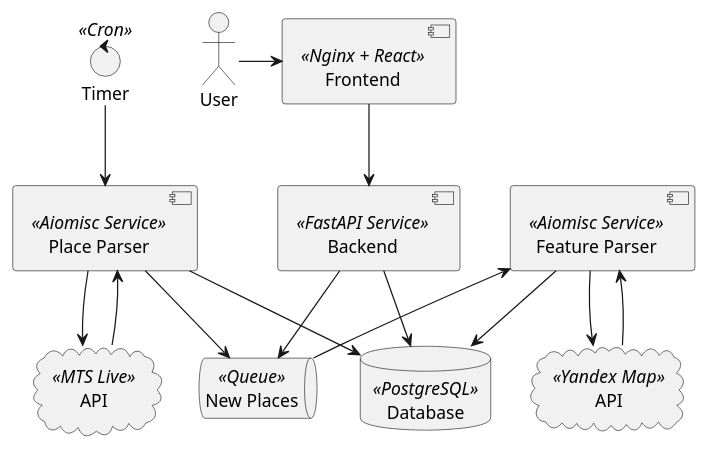
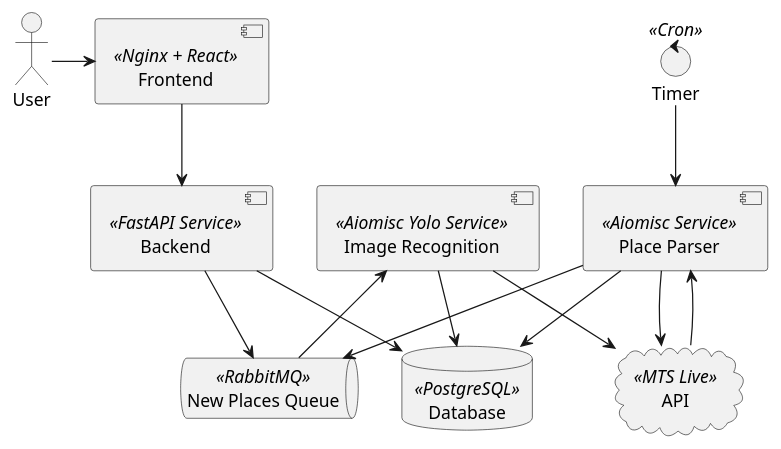
The diagram in docs/architecture.puml (stackoverfollowers/true-tech-hack-2024), drawn with PlantUML before and after one commit. The commit also changed 2 other files, not shown here.

```diff
--- a/docs/architecture.puml
+++ b/docs/architecture.puml
@@ -1,45 +1,43 @@
 @startuml architecture
 
 actor User as user
 
 database Database <<PostgreSQL>> as db
 
 component Backend <<FastAPI Service>> as back
 
 component Frontend <<Nginx + React>> as front
 
 control Timer <<Cron>> as cron
 
 component "Place Parser" <<Aiomisc Service>> as p_parser
 
-component "Feature Parser" <<Aiomisc Service>> as f_parser
+component "Image Recognition" <<Aiomisc Yolo Service>> as f_parser
 
 cloud API <<MTS Live>> as mts
 
-cloud API <<Yandex Map>> as yandex
-
-queue "New Places" <<Queue>> as queue
+queue "New Places Queue" <<RabbitMQ>> as queue
 
 user -> front
 
 front --> back
 
 back --> db
 
 cron --> p_parser
 
 p_parser --> mts
 mts --> p_parser
 
 p_parser --> db
 p_parser --> queue
 
 f_parser <-- queue
 f_parser --> db
 
 back --> queue
 
-f_parser --> yandex
-yandex --> f_parser
+f_parser --> mts
+
 
 @enduml
```
